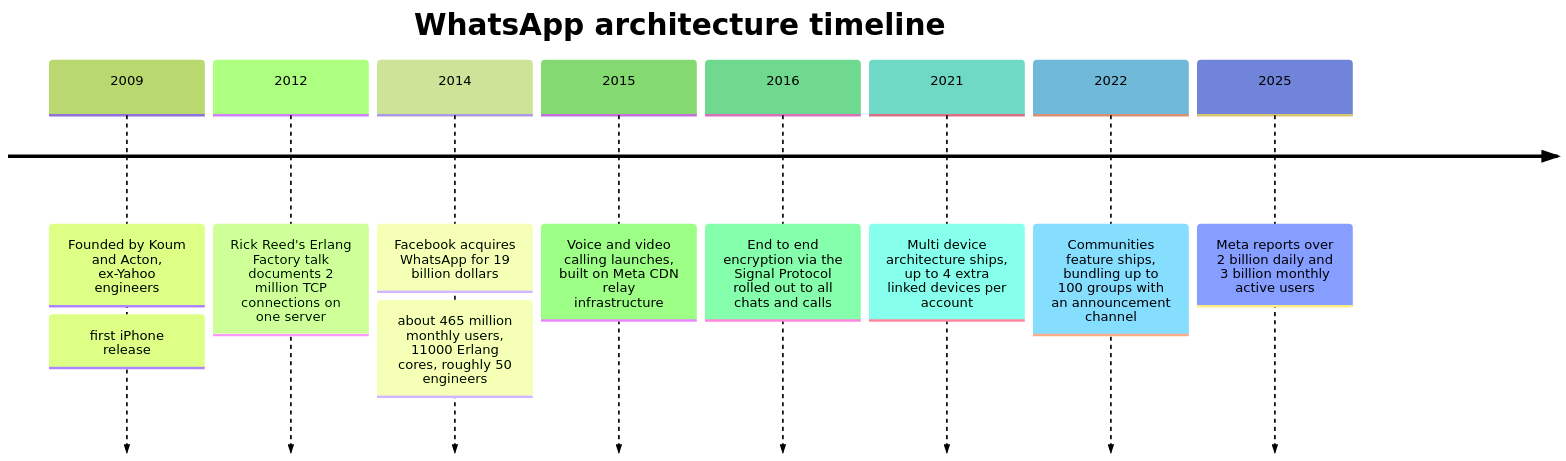
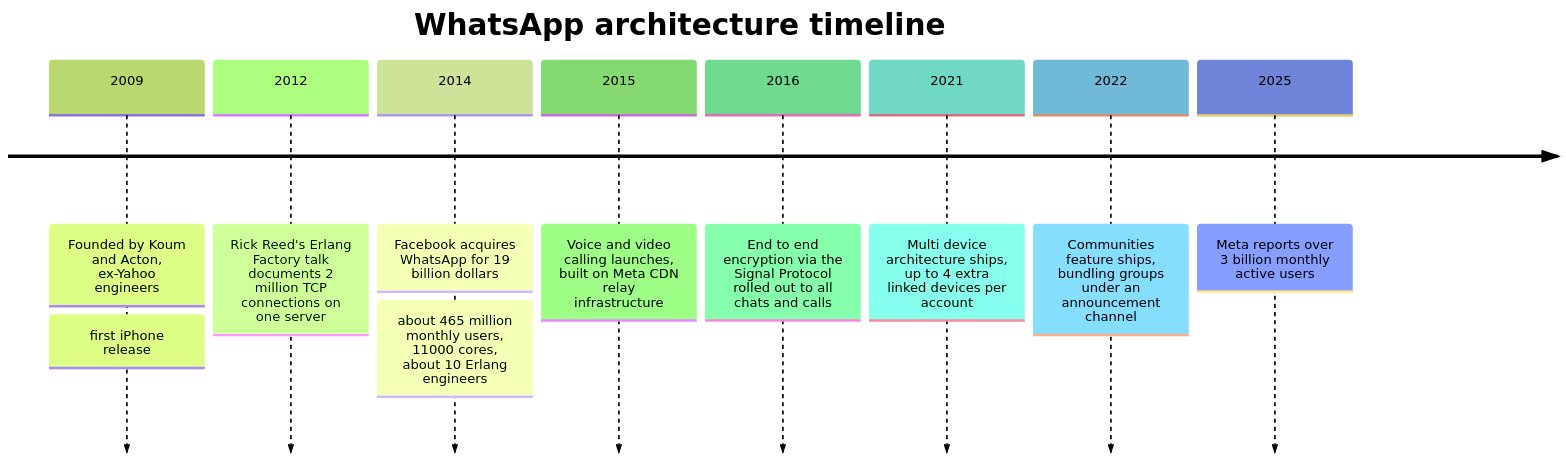
One commit to alwin-verus/big-tech-system-design changed the first of 7 diagrams in companies/whatsapp.md. Above: the diagram before and after it, drawn with Mermaid (forest theme). The commit also changed other lines of this file and 56 other files, not shown here.

````diff
--- a/companies/whatsapp.md
+++ b/companies/whatsapp.md
@@ -188,12 +301,12 @@
 ```mermaid
 timeline
   title WhatsApp architecture timeline
   2009 : Founded by Koum and Acton, ex-Yahoo engineers : first iPhone release
   2012 : Rick Reed's Erlang Factory talk documents 2 million TCP connections on one server
-  2014 : Facebook acquires WhatsApp for 19 billion dollars : about 465 million monthly users, 11000 Erlang cores, roughly 50 engineers
+  2014 : Facebook acquires WhatsApp for 19 billion dollars : about 465 million monthly users, 11000 cores, about 10 Erlang engineers
   2015 : Voice and video calling launches, built on Meta CDN relay infrastructure
   2016 : End to end encryption via the Signal Protocol rolled out to all chats and calls
   2021 : Multi device architecture ships, up to 4 extra linked devices per account
-  2022 : Communities feature ships, bundling up to 100 groups with an announcement channel
-  2025 : Meta reports over 2 billion daily and 3 billion monthly active users
+  2022 : Communities feature ships, bundling groups under an announcement channel
+  2025 : Meta reports over 3 billion monthly active users
 ```
````
